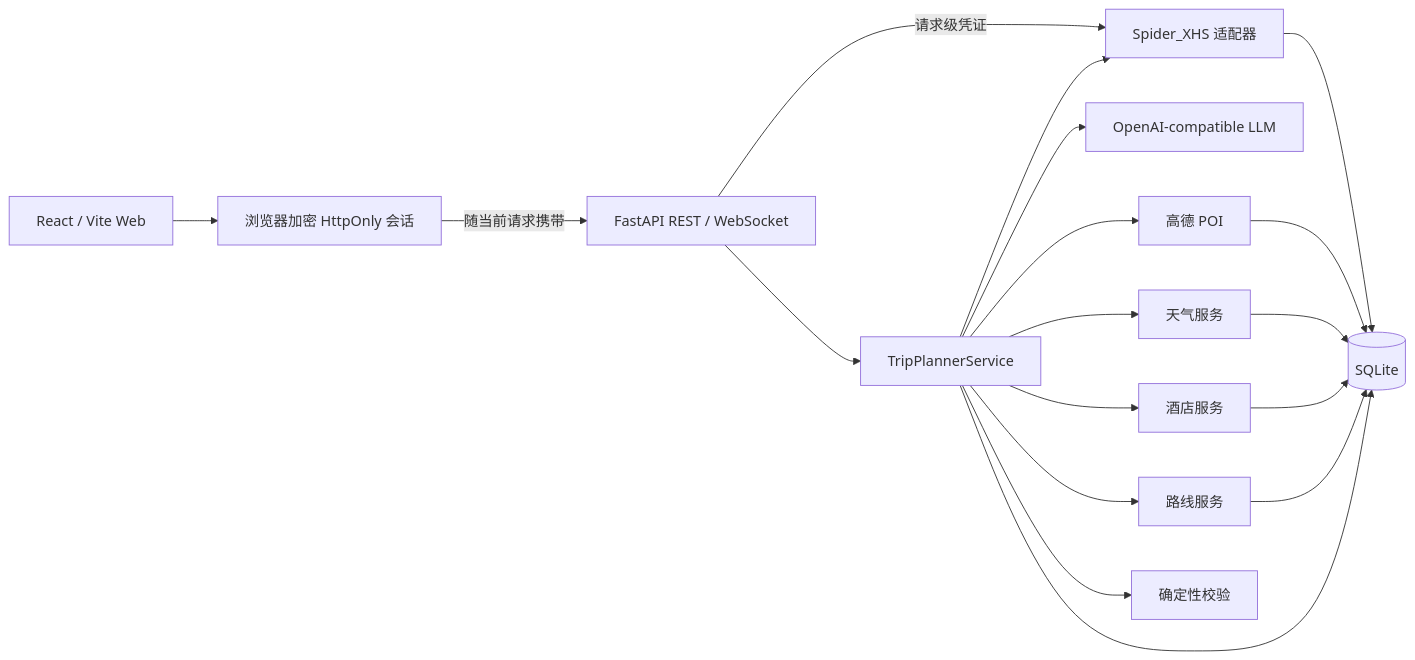
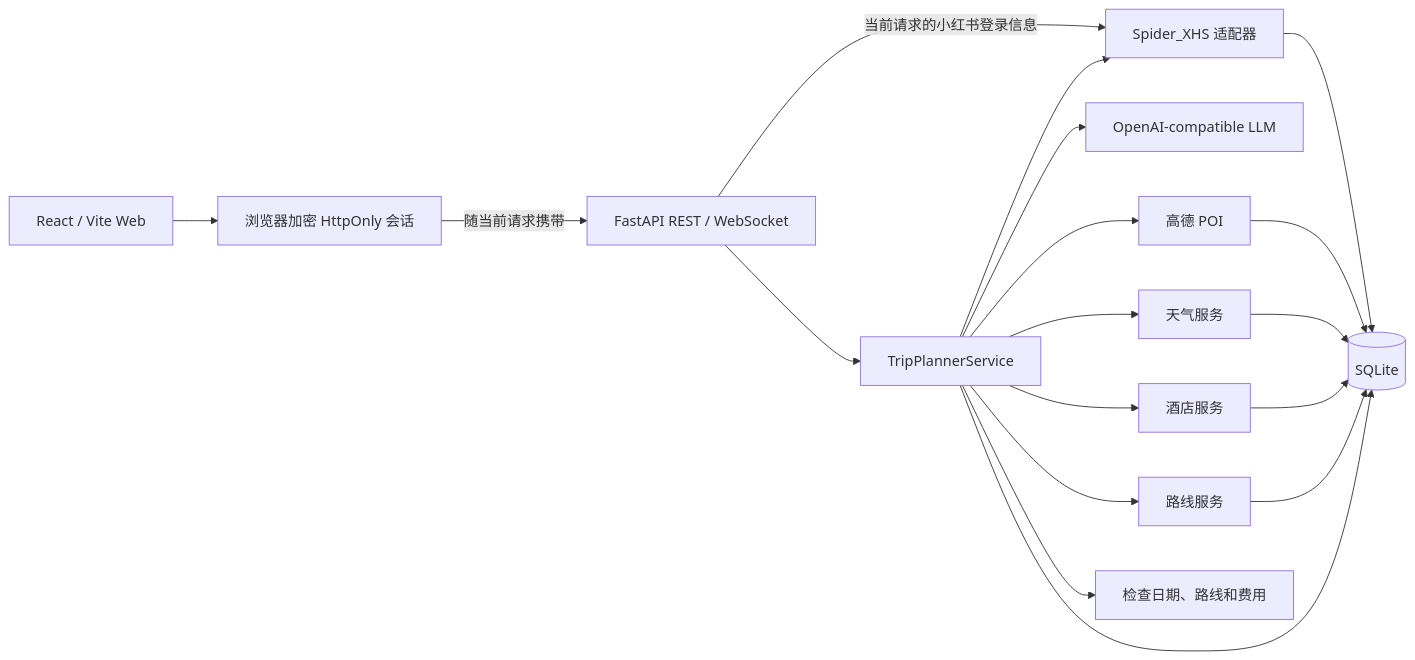
One commit to dolt-y/TravelMind-AI changed the second of 2 diagrams in README.md. Above: the diagram before and after it, drawn with Mermaid. The commit also changed other lines of this file and 4 other files, not shown here.

````diff
--- a/README.md
+++ b/README.md
@@ -268,20 +269,20 @@
 ```mermaid
 flowchart LR
     UI["React / Vite Web"] --> SESSION["浏览器加密 HttpOnly 会话"]
     SESSION -->|"随当前请求携带"| API["FastAPI REST / WebSocket"]
     API --> ORCH["TripPlannerService"]
-    API -->|"请求级凭证"| XHS["Spider_XHS 适配器"]
+    API -->|"当前请求的小红书登录信息"| XHS["Spider_XHS 适配器"]
     ORCH --> XHS
     ORCH --> LLM["OpenAI-compatible LLM"]
     ORCH --> POI["高德 POI"]
     ORCH --> WEATHER["天气服务"]
     ORCH --> HOTEL["酒店服务"]
     ORCH --> ROUTE["路线服务"]
-    ORCH --> VALIDATE["确定性校验"]
+    ORCH --> VALIDATE["检查日期、路线和费用"]
     XHS --> DB[("SQLite")]
     POI --> DB
     WEATHER --> DB
     HOTEL --> DB
     ROUTE --> DB
     ORCH --> DB
 ```
````
